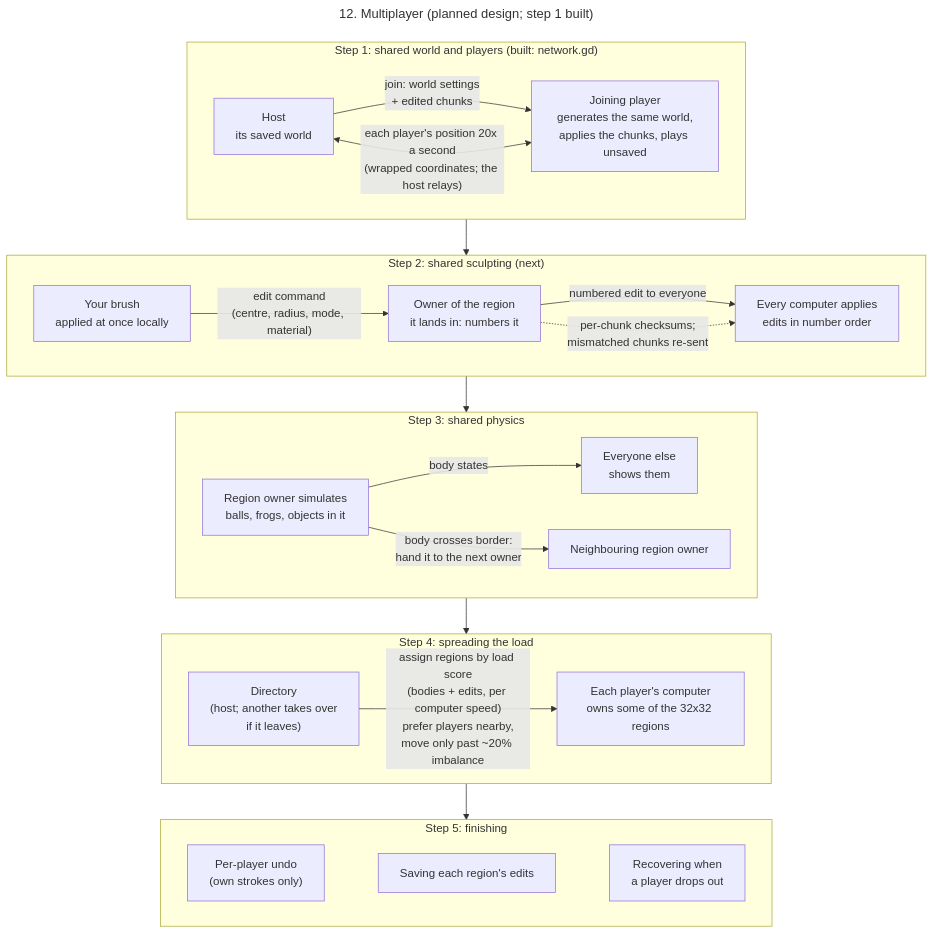
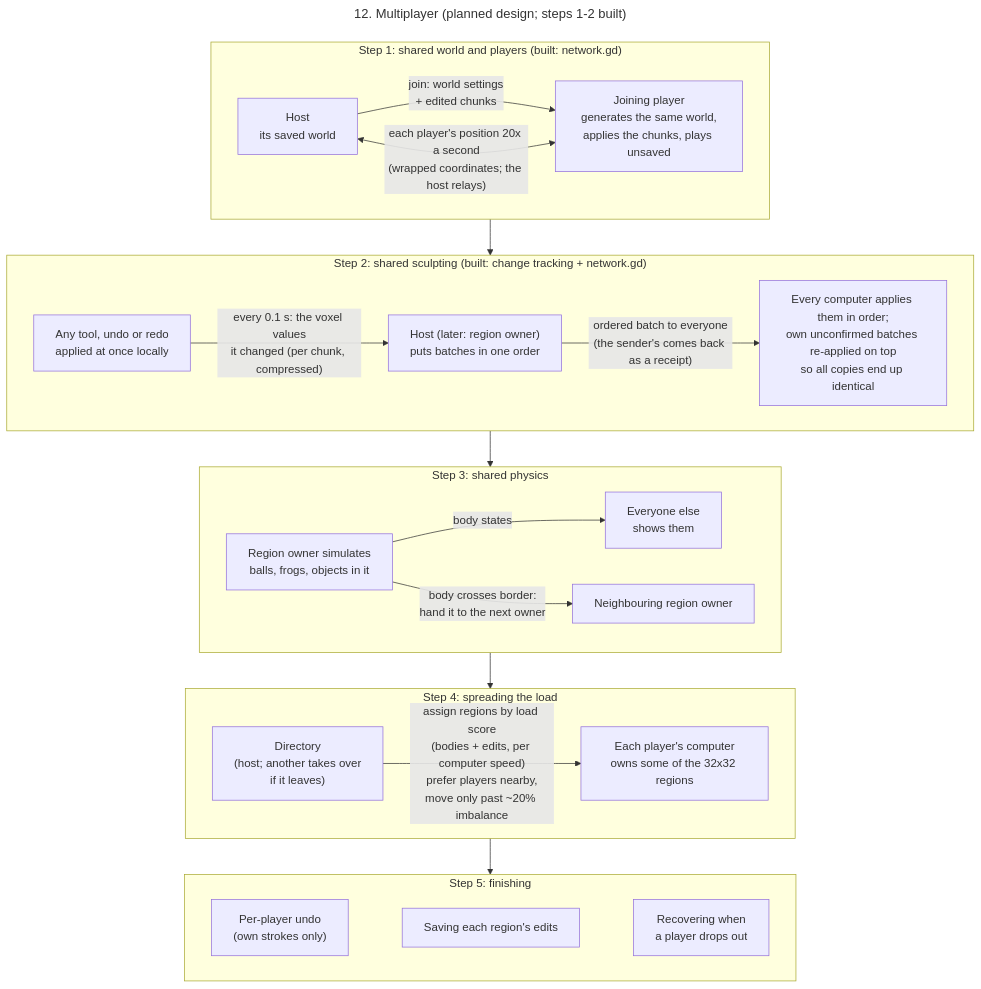
The diagram in diagrams/12-multiplayer.mmd (sampritchard03/wincraft), drawn with Mermaid before and after one commit. The commit also changed 10 other files, not shown here.

```diff
--- a/diagrams/12-multiplayer.mmd
+++ b/diagrams/12-multiplayer.mmd
@@ -1,34 +1,33 @@
 ---
-title: 12. Multiplayer (planned design; step 1 built)
+title: 12. Multiplayer (planned design; steps 1-2 built)
 ---
 flowchart TB
     subgraph S1["Step 1: shared world and players (built: network.gd)"]
         direction LR
         host1["Host<br/>its saved world"] -->|"join: world settings<br/>+ edited chunks"| join1["Joining player<br/>generates the same world,<br/>applies the chunks, plays unsaved"]
         host1 <-->|"each player's position 20x a second<br/>(wrapped coordinates; the host relays)"| join1
     end
 
-    subgraph S2["Step 2: shared sculpting (next)"]
+    subgraph S2["Step 2: shared sculpting (built: change tracking + network.gd)"]
         direction LR
-        brush["Your brush<br/>applied at once locally"] -->|"edit command<br/>(centre, radius, mode, material)"| owner2["Owner of the region<br/>it lands in: numbers it"]
-        owner2 -->|"numbered edit to everyone"| all2["Every computer applies<br/>edits in number order"]
-        owner2 -.->|"per-chunk checksums;<br/>mismatched chunks re-sent"| all2
+        brush["Any tool, undo or redo<br/>applied at once locally"] -->|"every 0.1 s: the voxel values<br/>it changed (per chunk, compressed)"| owner2["Host (later: region owner)<br/>puts batches in one order"]
+        owner2 -->|"ordered batch to everyone<br/>(the sender's comes back as a receipt)"| all2["Every computer applies them in order;<br/>own unconfirmed batches re-applied on top<br/>so all copies end up identical"]
     end
 
     subgraph S3["Step 3: shared physics"]
         direction LR
         rowner["Region owner simulates<br/>balls, frogs, objects in it"] -->|"body states"| others3["Everyone else<br/>shows them"]
         rowner -->|"body crosses border:<br/>hand it to the next owner"| next3["Neighbouring region owner"]
     end
 
     subgraph S4["Step 4: spreading the load"]
         direction LR
         dir["Directory<br/>(host; another takes over<br/>if it leaves)"] -->|"assign regions by load score<br/>(bodies + edits, per computer speed)<br/>prefer players nearby,<br/>move only past ~20% imbalance"| peers4["Each player's computer<br/>owns some of the 32x32 regions"]
     end
 
     subgraph S5["Step 5: finishing"]
         direction LR
         undo["Per-player undo<br/>(own strokes only)"] ~~~ save["Saving each region's edits"] ~~~ drop["Recovering when<br/>a player drops out"]
     end
 
     S1 --> S2 --> S3 --> S4 --> S5
```
